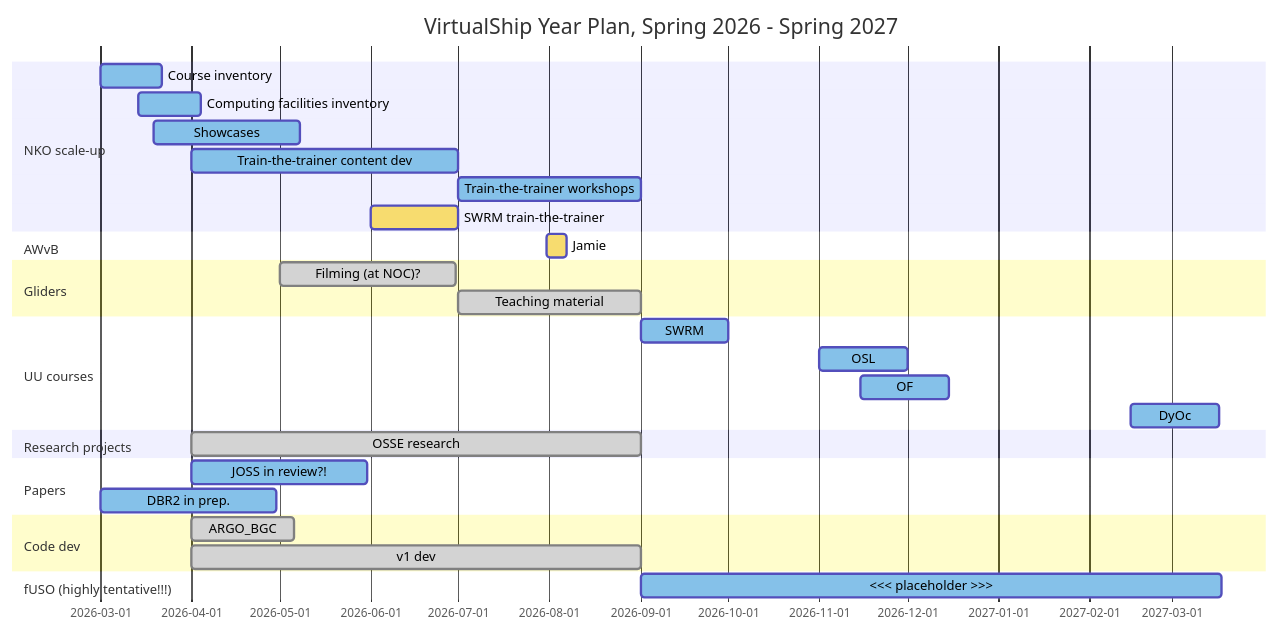
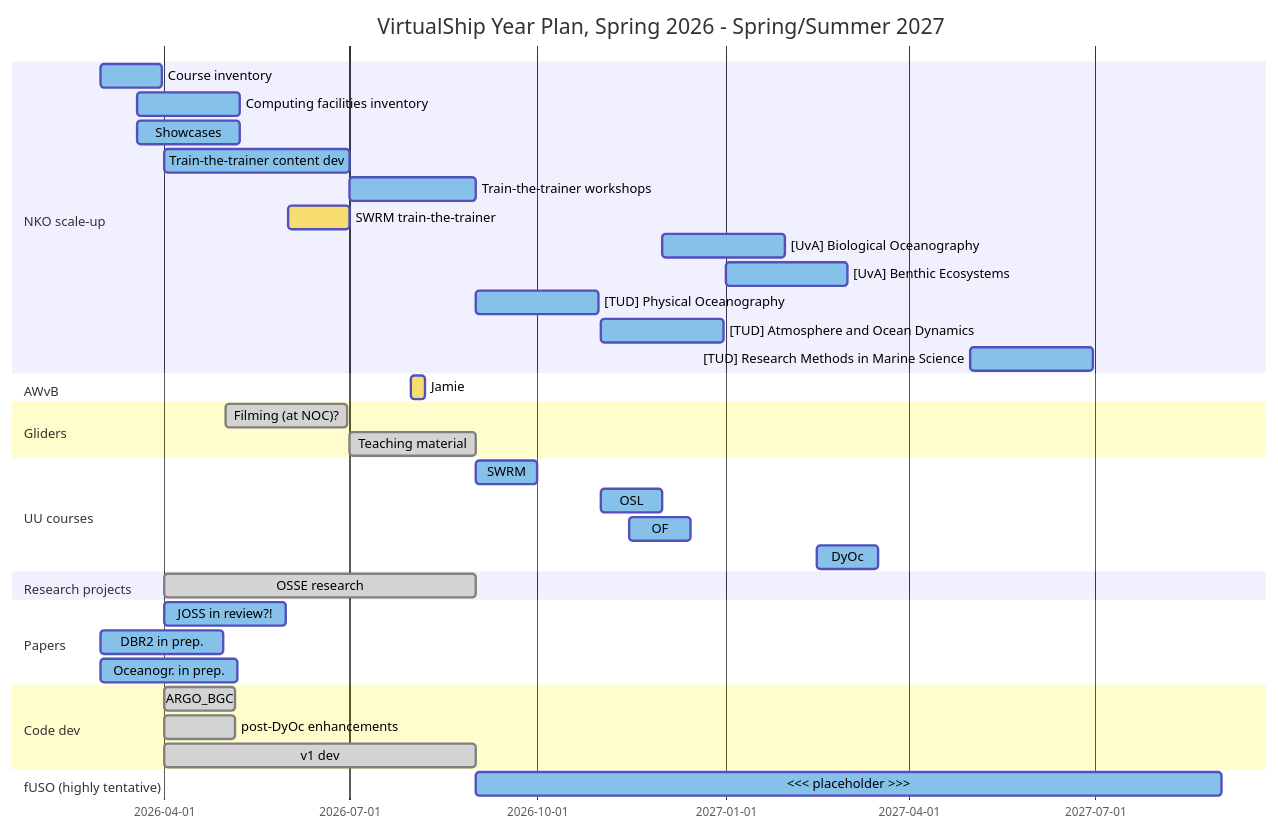
Before and after one commit to Parcels-code/virtualship: the diagram in docs/user-guide/developer-content/gantt_2026-27.md, drawn with Mermaid.

Commit message:
first draft

````diff
--- a/docs/user-guide/developer-content/gantt_2026-27.md
+++ b/docs/user-guide/developer-content/gantt_2026-27.md
@@ -1,53 +1,62 @@
 ```mermaid
 ---
 config:
   theme: default
 ---
 %%{init: { 'themeVariables': {
     'doneTaskBkgColor': '#d3d3d3',
     'activeTaskBkgColor': '#85C1E9',
     'taskBkgColor': '#F7DC6F',
     'critBorderColor': '#ff0000'
 }}}%%
 gantt
-    title VirtualShip Year Plan, Spring 2026 - Spring 2027
+    title VirtualShip Year Plan, Spring 2026 - Spring/Summer 2027
     dateFormat  YYYY-MM-DD
-    tickInterval 1month
+    tickInterval 3month
     weekday monday
 
     section NKO scale-up
-    Course inventory    :active, 2026-03-01, 21d
-    Computing facilities inventory :active, 2026-03-14, 21d
+    Course inventory    :active, 2026-03-01, 30d
+    Computing facilities inventory :active, 2026-03-19, 50d
     Showcases           :active, 2026-03-19, 50d
     Train-the-trainer content dev   :active, 2026-04-01, 91d
     Train-the-trainer workshops :active, 2026-07-01, 62d
     SWRM train-the-trainer :future, 2026-06-01, 30d
+    [UvA] Biological Oceanography :active, 2026-12-01, 60d
+    [UvA] Benthic Ecosystems :active, 2027-01-01, 60d
+    [TUD] Physical Oceanography :active, 2026-09-01, 60d
+    [TUD] Atmosphere and Ocean Dynamics :active, 2026-11-01, 60d
+    [TUD] Research Methods in Marine Science :active, 2027-05-01, 60d
+
 
     section AWvB
     Jamie :, 2026-07-31, 7d
 
     section Gliders
     Filming (at NOC)? :done, 2026-05-01, 60d
     Teaching material :done, 2026-07-01, 62d
 
     section UU courses
     SWRM :active, 2026-09-01, 30d
     OSL :active, 2026-11-01, 30d
     OF  :active, 2026-11-15, 30d
     DyOc :active, 2027-02-15, 30d
 
     section Research projects
     OSSE research :done, 2026-04-01, 153d
 
     section Papers
     JOSS in review?! :active, 2026-04-01, 60d
     DBR2 in prep. :active, 2026-03-01, 60d
+    Oceanogr. in prep. :active, 2026-03-01, 67d
 
     section Code dev
     ARGO_BGC :done, 2026-04-01, 35d
+    post-DyOc enhancements :done, 2026-04-01, 35d
     v1 dev       :done, 2026-04-01, 153d
 
-    section fUSO (highly tentative!!!)
-    <<< placeholder >>> :active, 2026-09-01, 198d
+
+    section fUSO (highly tentative)
+    <<< placeholder >>> :active, 2026-09-01, 365d
 
 ```
````
